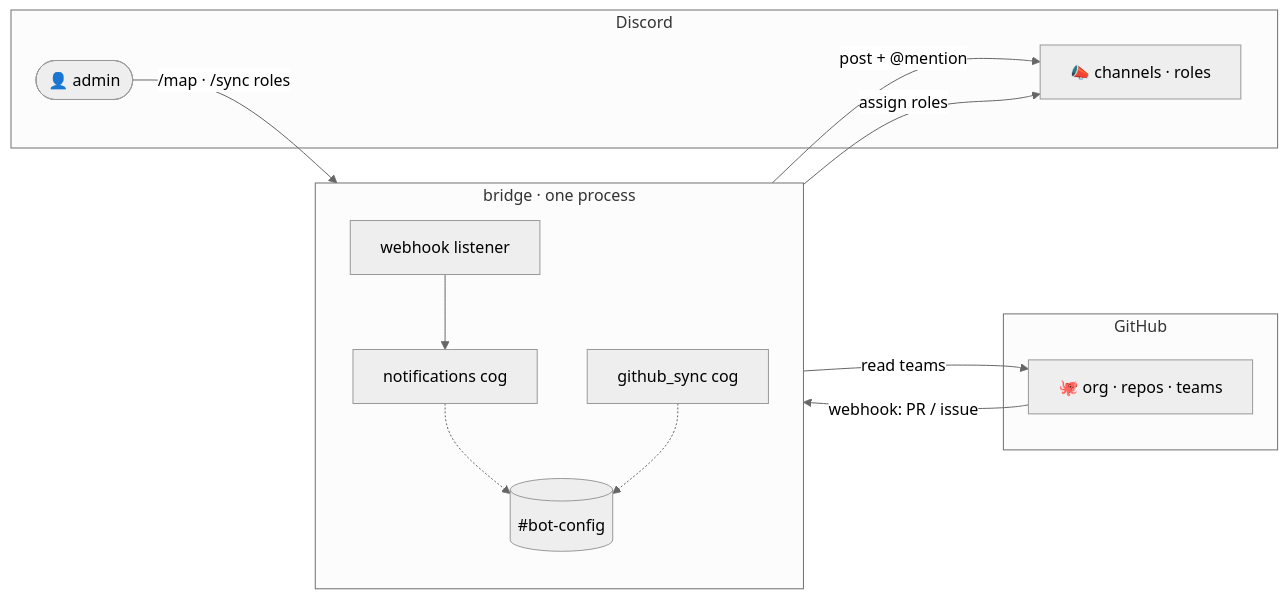
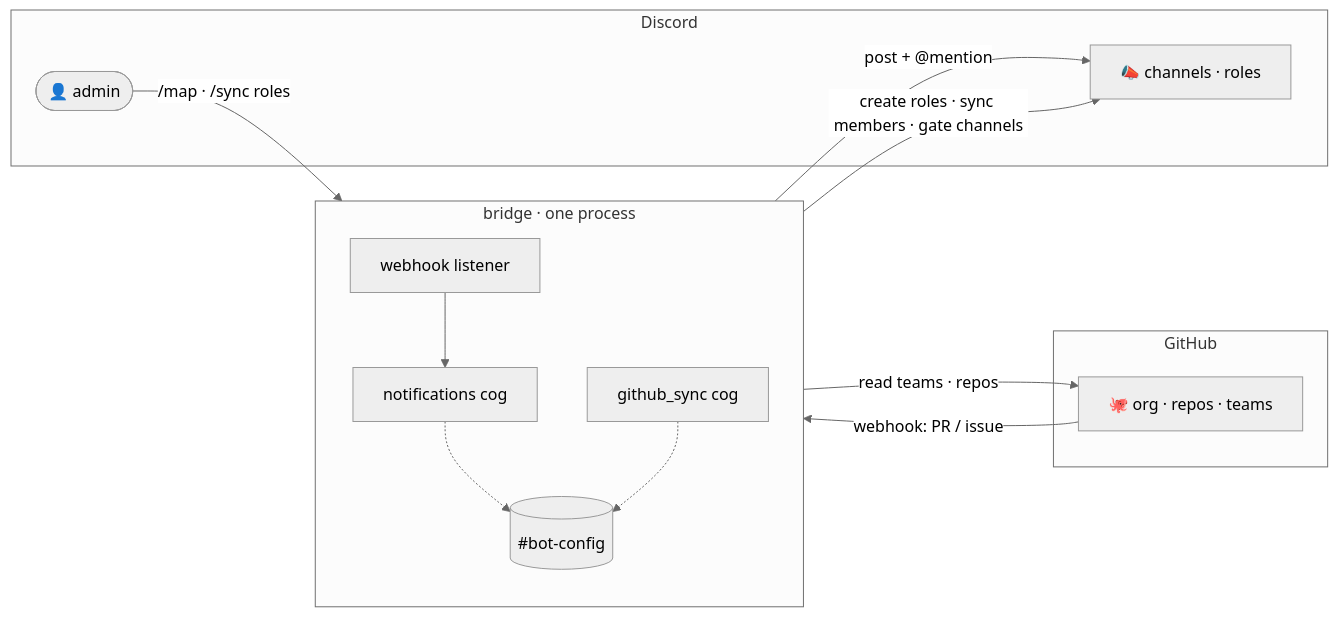
The diagram in docs/index.md (ranqialabs/workspace), drawn with Mermaid (neutral theme) before and after one commit. The commit also changed other lines of this file and 4 other files, not shown here.

````diff
--- a/docs/index.md
+++ b/docs/index.md
@@ -55,28 +55,28 @@
 ```mermaid
 flowchart LR
   subgraph gh [GitHub]
     GH["🐙 org · repos · teams"]
   end
 
   subgraph bot [bridge · one process]
     direction TB
     W["webhook listener"]
     N["notifications cog"]
     S["github_sync cog"]
     CFG[("#bot-config")]
     W --> N
     N -.-> CFG
     S -.-> CFG
   end
 
   subgraph dc [Discord]
     DC["📣 channels · roles"]
     A(["👤 admin"])
   end
 
   GH -- "webhook: PR / issue" --> W
   N -- "post + @mention" --> DC
   A -- "/map · /sync roles" --> S
-  S -- "read teams" --> GH
-  S -- "assign roles" --> DC
+  S -- "read teams · repos" --> GH
+  S -- "create roles · sync members · gate channels" --> DC
 ```
````
